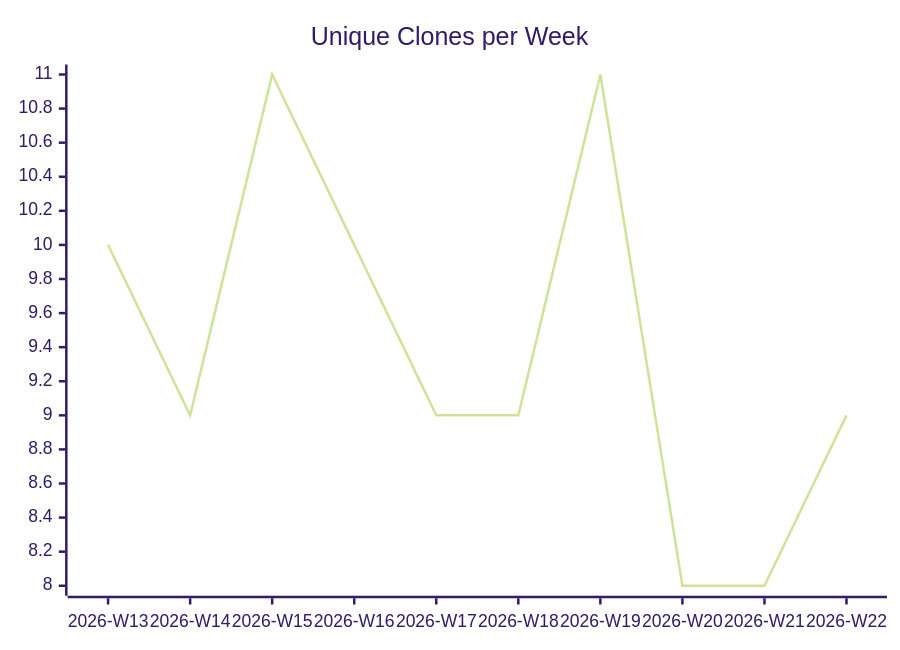
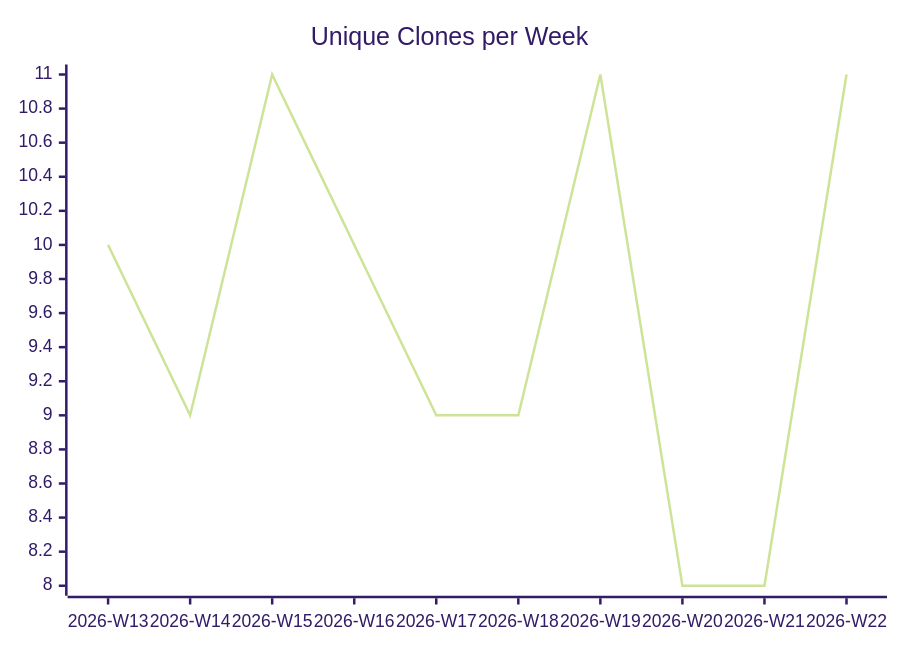
One commit to justdavis-family/github-analytics-data changed the third of 3 diagrams in karlmdavis/usgs-water-api-java/README.md. Above: the diagram before and after it, drawn with Mermaid (forest theme). The commit also changed other lines of this file and 189 other files, not shown here.

````diff
--- a/karlmdavis/usgs-water-api-java/README.md
+++ b/karlmdavis/usgs-water-api-java/README.md
@@ -19,6 +19,6 @@
 ```mermaid
 xychart-beta
   title "Unique Clones per Week"
   x-axis ["2026-W13", "2026-W14", "2026-W15", "2026-W16", "2026-W17", "2026-W18", "2026-W19", "2026-W20", "2026-W21", "2026-W22"]
-  line [10, 9, 11, 10, 9, 9, 11, 8, 8, 9]
+  line [10, 9, 11, 10, 9, 9, 11, 8, 8, 11]
 ```
````
